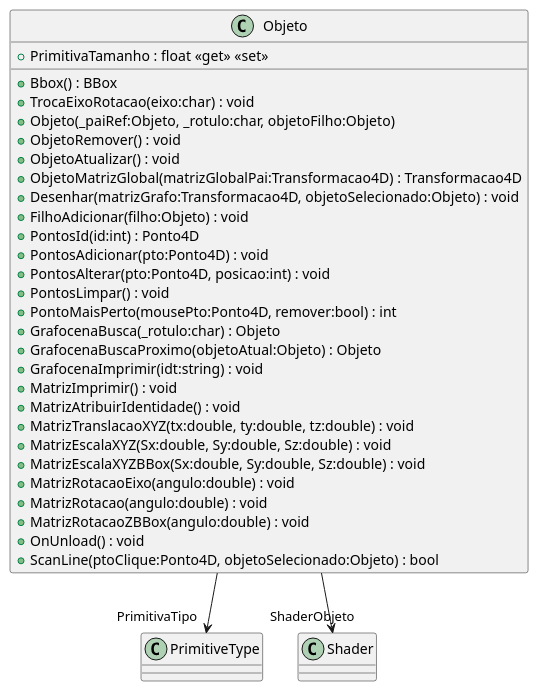
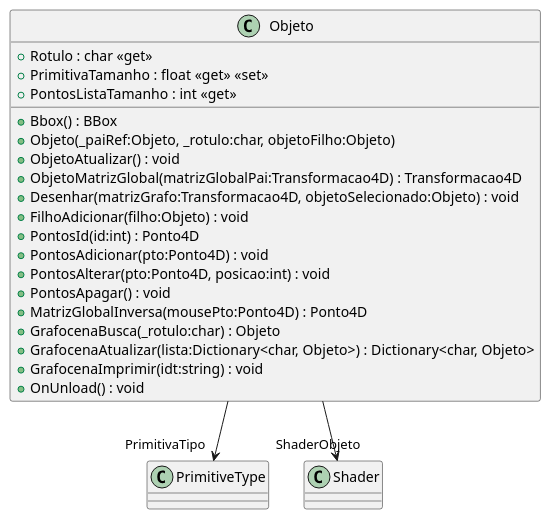
One commit to gcgfurb/CG_2024-2_not_equipe-09 changed the diagram in Unidade3/CG_N3_Exemplo/plantuml/Objeto.puml. Above: the diagram before and after it, drawn with PlantUML. The commit also changed 14 other files, not shown here.

```diff
--- a/Unidade3/CG_N3_Exemplo/plantuml/Objeto.puml
+++ b/Unidade3/CG_N3_Exemplo/plantuml/Objeto.puml
@@ -1,33 +1,24 @@
-@startuml
+@startuml Objeto
 class Objeto {
+    + Rotulo : char <<get>>
     + PrimitivaTamanho : float <<get>> <<set>>
+    + PontosListaTamanho : int <<get>>
     + Bbox() : BBox
-    + TrocaEixoRotacao(eixo:char) : void
     + Objeto(_paiRef:Objeto, _rotulo:char, objetoFilho:Objeto)
-    + ObjetoRemover() : void
     + ObjetoAtualizar() : void
     + ObjetoMatrizGlobal(matrizGlobalPai:Transformacao4D) : Transformacao4D
     + Desenhar(matrizGrafo:Transformacao4D, objetoSelecionado:Objeto) : void
     + FilhoAdicionar(filho:Objeto) : void
     + PontosId(id:int) : Ponto4D
     + PontosAdicionar(pto:Ponto4D) : void
     + PontosAlterar(pto:Ponto4D, posicao:int) : void
-    + PontosLimpar() : void
-    + PontoMaisPerto(mousePto:Ponto4D, remover:bool) : int
+    + PontosApagar() : void
+    + MatrizGlobalInversa(mousePto:Ponto4D) : Ponto4D
     + GrafocenaBusca(_rotulo:char) : Objeto
-    + GrafocenaBuscaProximo(objetoAtual:Objeto) : Objeto
+    + GrafocenaAtualizar(lista:Dictionary<char, Objeto>) : Dictionary<char, Objeto>
     + GrafocenaImprimir(idt:string) : void
-    + MatrizImprimir() : void
-    + MatrizAtribuirIdentidade() : void
-    + MatrizTranslacaoXYZ(tx:double, ty:double, tz:double) : void
-    + MatrizEscalaXYZ(Sx:double, Sy:double, Sz:double) : void
-    + MatrizEscalaXYZBBox(Sx:double, Sy:double, Sz:double) : void
-    + MatrizRotacaoEixo(angulo:double) : void
-    + MatrizRotacao(angulo:double) : void
-    + MatrizRotacaoZBBox(angulo:double) : void
     + OnUnload() : void
-    + ScanLine(ptoClique:Ponto4D, objetoSelecionado:Objeto) : bool
 }
 Objeto --> "PrimitivaTipo" PrimitiveType
 Objeto --> "ShaderObjeto" Shader
 @enduml
```
